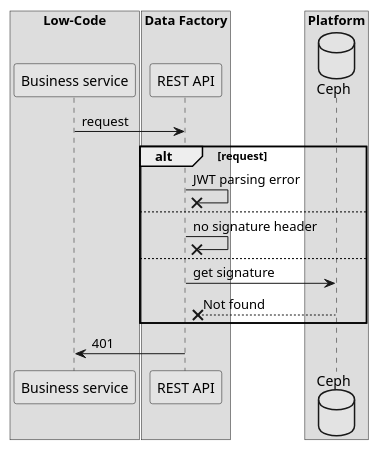
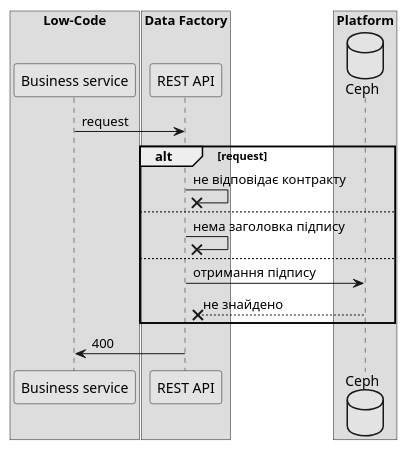
Before and after one commit to epam/edp-ddm-architecture: the first of 13 diagrams in modules/ROOT/pages/datafactory/system-errors.adoc, drawn with PlantUML. The commit also changed other lines of this file, not shown here.

Commit message:
[MDTUDDM-2227] High level error structure added

```diff
--- a/modules/ROOT/pages/datafactory/system-errors.adoc
+++ b/modules/ROOT/pages/datafactory/system-errors.adoc
@@ -9,31 +8,30 @@
 [plantuml]
 ----
  @startuml
 
 skinparam monochrome true
 
 box "Low-Code" 
     participant "Business service" as low
 end box
 
 box "Data Factory"
     participant "REST API" as rest
 end box
 
 box "Platform"
     database "Ceph" as ceph
 end box
 
-
 low -> rest : request
 alt request
-rest -X rest: JWT parsing error 
+rest -X rest: не відповідає контракту
 else
-rest -X rest: no signature header
+rest -X rest: нема заголовка підпису
 else
-rest -> ceph: get signature
-ceph --X rest: Not found
+rest -> ceph: отримання підпису
+ceph --X rest: не знайдено
 end
-rest -> low : 401
+rest -> low : 400
 @enduml
 ----
```
